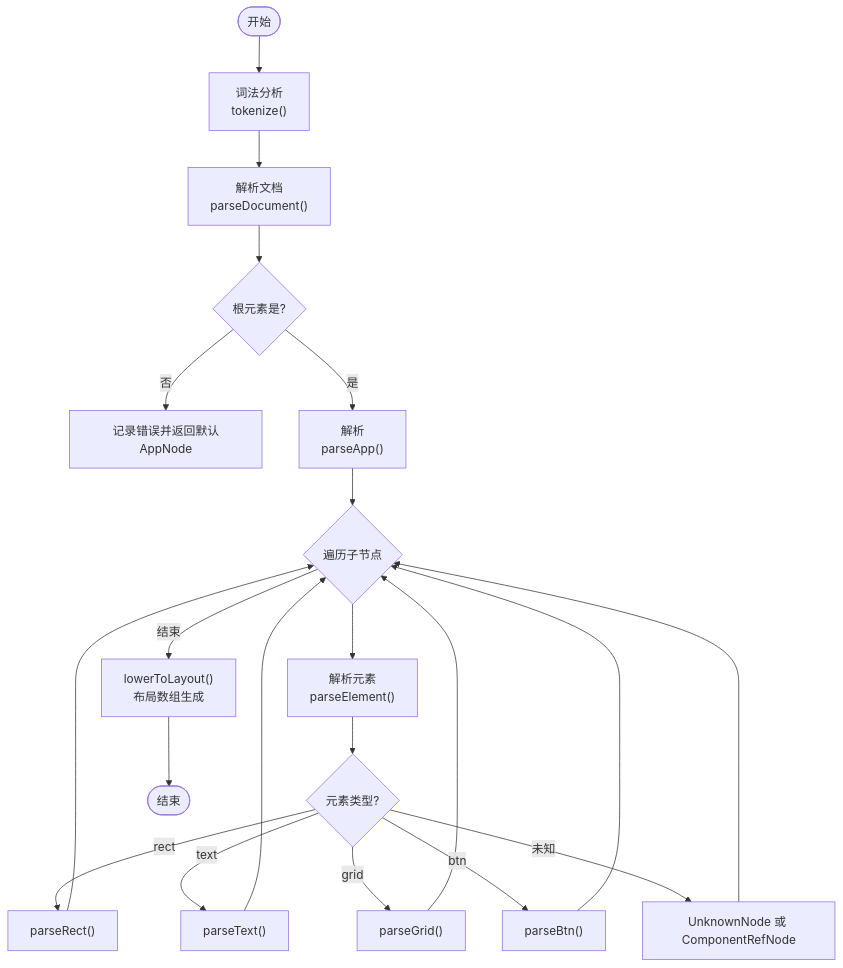
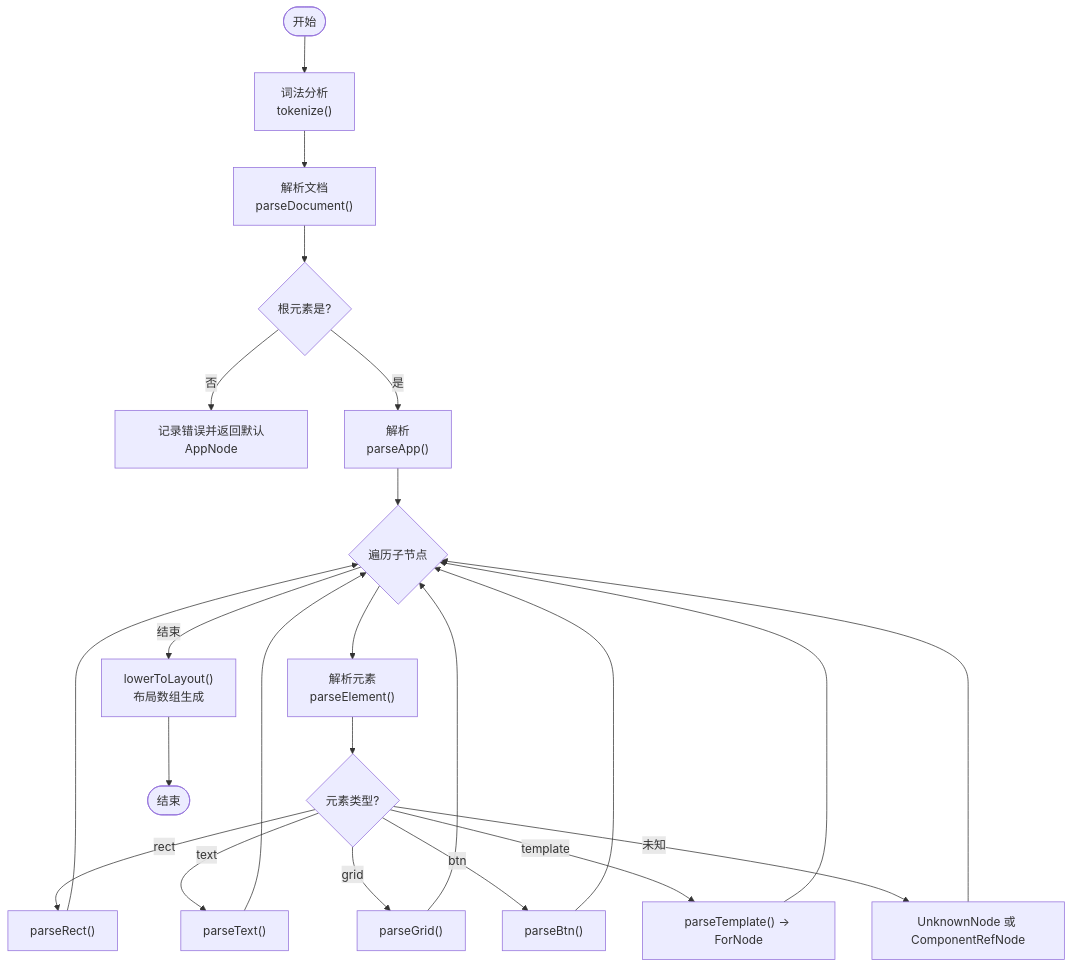
The third of 11 diagrams in .qoder/repowiki/zh/content/核心架构设计/编译器架构.md (xingye00186/PUI), drawn with Mermaid before and after one commit. The commit also changed other lines of this file and 10 other files, not shown here.

````diff
--- a/.qoder/repowiki/zh/content/核心架构设计/编译器架构.md
+++ b/.qoder/repowiki/zh/content/核心架构设计/编译器架构.md
@@ -148,23 +164,25 @@
 ```mermaid
 flowchart TD
 Start(["开始"]) --> Tok["词法分析<br/>tokenize()"]
 Tok --> ParseDoc["解析文档<br/>parseDocument()"]
 ParseDoc --> Root{"根元素是<App>?"}
 Root --> |否| ErrRoot["记录错误并返回默认AppNode"]
 Root --> |是| ParseApp["解析<App><br/>parseApp()"]
 ParseApp --> Loop{"遍历子节点"}
 Loop --> Elem["解析元素<br/>parseElement()"]
 Elem --> Type{"元素类型?"}
 Type --> |rect| R["parseRect()"]
 Type --> |text| T["parseText()"]
 Type --> |grid| G["parseGrid()"]
 Type --> |btn| B["parseBtn()"]
+Type --> |template| F["parseTemplate() -> ForNode"]
 Type --> |未知| U["UnknownNode 或 ComponentRefNode"]
 R --> Loop
 T --> Loop
 G --> Loop
 B --> Loop
+F --> Loop
 U --> Loop
 Loop --> |结束| Lower["lowerToLayout()<br/>布局数组生成"]
 Lower --> End(["结束"])
 ```
````
